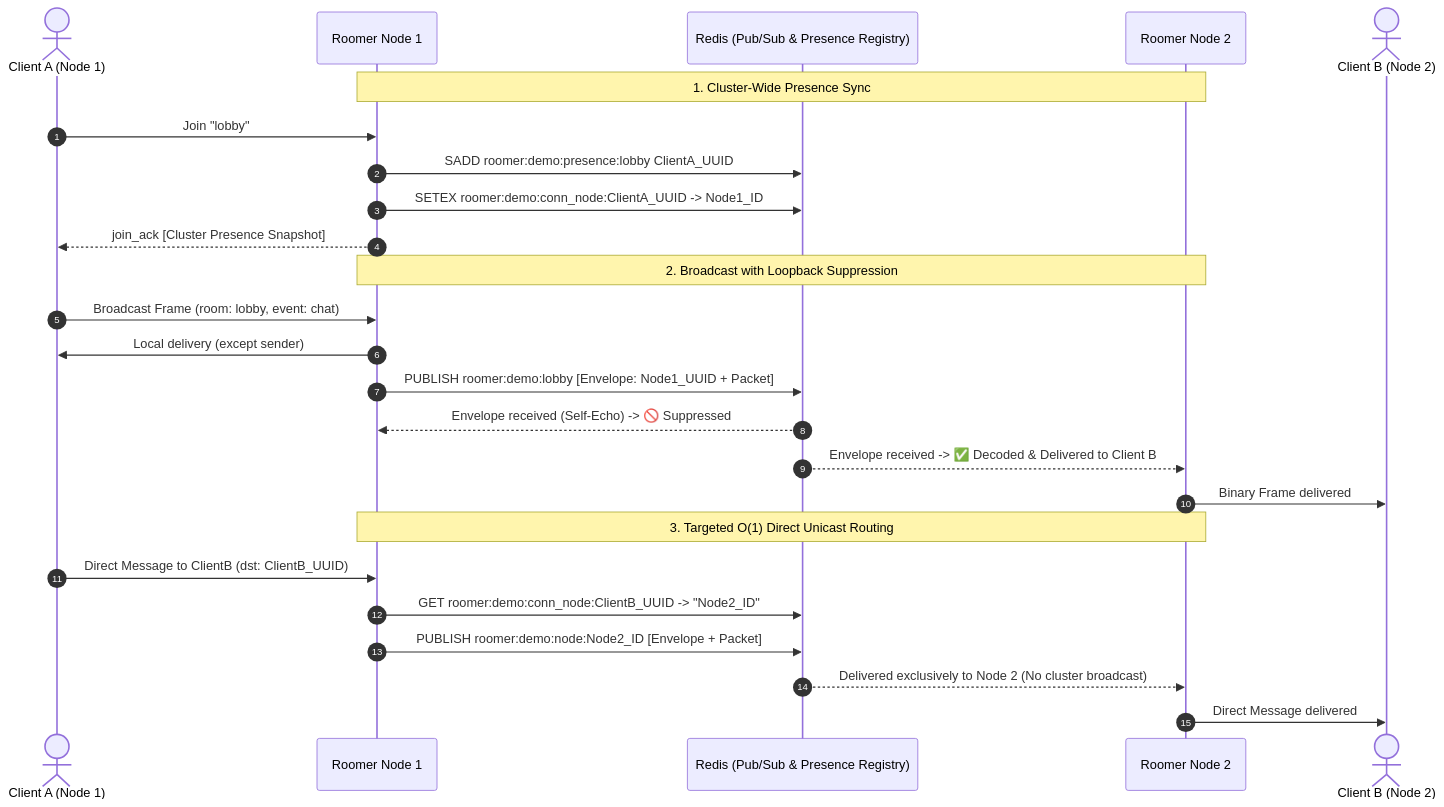
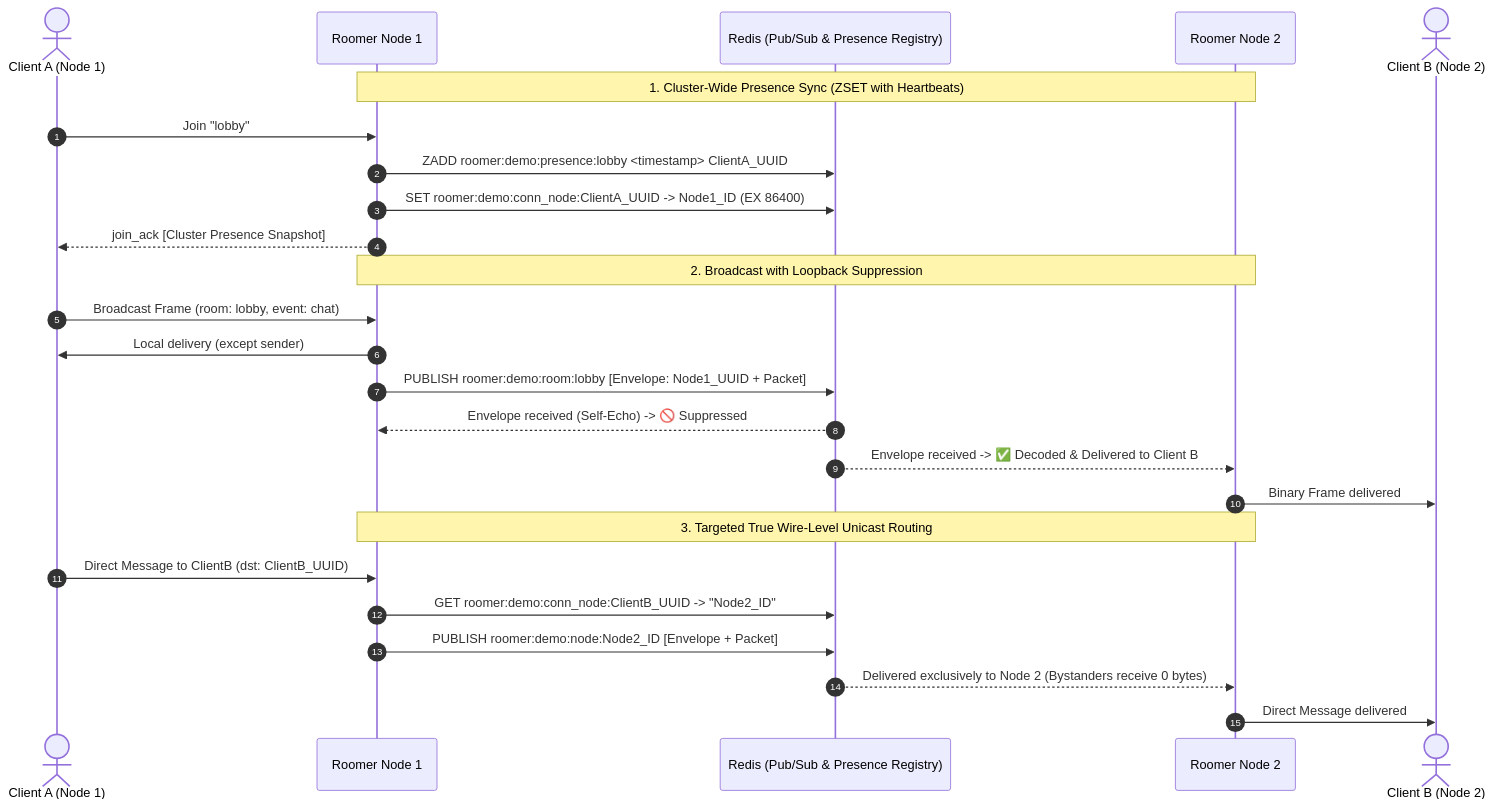
Before and after one commit to joncody/roomer: the diagram in README.md, drawn with Mermaid. The commit also changed other lines of this file and 24 other files, not shown here.

First line of the commit message:
feat: add true wire unicast, presence heartbeats, and false sharing elimination

````diff
--- a/README.md
+++ b/README.md
@@ -78,30 +79,30 @@
 ```mermaid
 sequenceDiagram
     autonumber
     actor ClientA as Client A (Node 1)
     participant Node1 as Roomer Node 1
     participant Redis as Redis (Pub/Sub & Presence Registry)
     participant Node2 as Roomer Node 2
     actor ClientB as Client B (Node 2)
 
-    Note over Node1,Node2: 1. Cluster-Wide Presence Sync
+    Note over Node1,Node2: 1. Cluster-Wide Presence Sync (ZSET with Heartbeats)
     ClientA->>Node1: Join "lobby"
-    Node1->>Redis: SADD roomer:demo:presence:lobby ClientA_UUID
-    Node1->>Redis: SETEX roomer:demo:conn_node:ClientA_UUID -> Node1_ID
+    Node1->>Redis: ZADD roomer:demo:presence:lobby <timestamp> ClientA_UUID
+    Node1->>Redis: SET roomer:demo:conn_node:ClientA_UUID -> Node1_ID (EX 86400)
     Node1-->>ClientA: join_ack [Cluster Presence Snapshot]
 
     Note over Node1,Node2: 2. Broadcast with Loopback Suppression
     ClientA->>Node1: Broadcast Frame (room: lobby, event: chat)
     Node1->>ClientA: Local delivery (except sender)
-    Node1->>Redis: PUBLISH roomer:demo:lobby [Envelope: Node1_UUID + Packet]
+    Node1->>Redis: PUBLISH roomer:demo:room:lobby [Envelope: Node1_UUID + Packet]
     Redis-->>Node1: Envelope received (Self-Echo) -> 🚫 Suppressed
     Redis-->>Node2: Envelope received -> ✅ Decoded & Delivered to Client B
     Node2->>ClientB: Binary Frame delivered
 
-    Note over Node1,Node2: 3. Targeted O(1) Direct Unicast Routing
+    Note over Node1,Node2: 3. Targeted True Wire-Level Unicast Routing
     ClientA->>Node1: Direct Message to ClientB (dst: ClientB_UUID)
     Node1->>Redis: GET roomer:demo:conn_node:ClientB_UUID -> "Node2_ID"
     Node1->>Redis: PUBLISH roomer:demo:node:Node2_ID [Envelope + Packet]
-    Redis-->>Node2: Delivered exclusively to Node 2 (No cluster broadcast)
+    Redis-->>Node2: Delivered exclusively to Node 2 (Bystanders receive 0 bytes)
     Node2->>ClientB: Direct Message delivered
 ```
````
